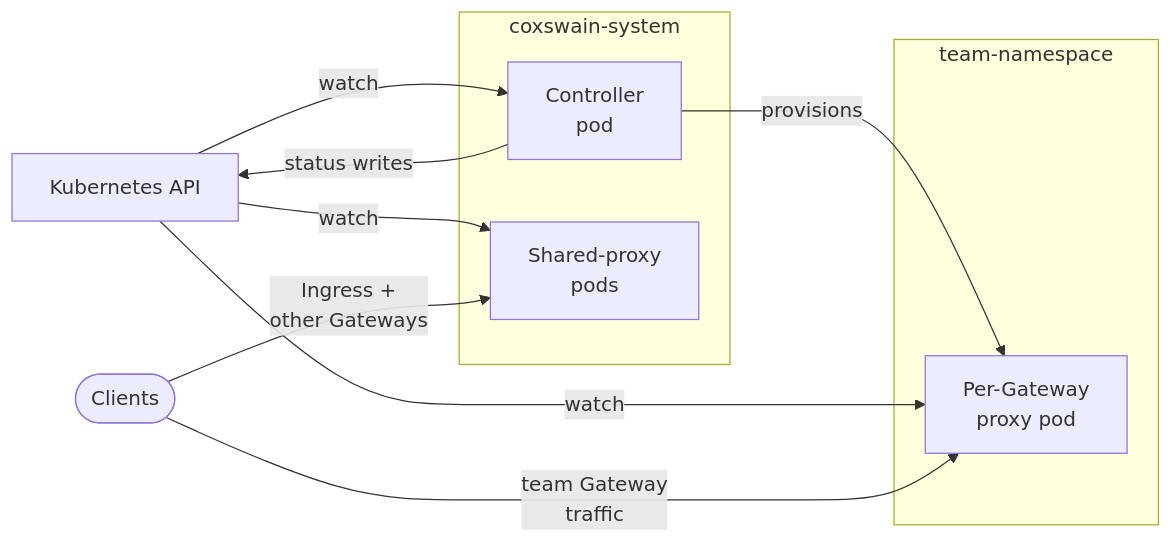
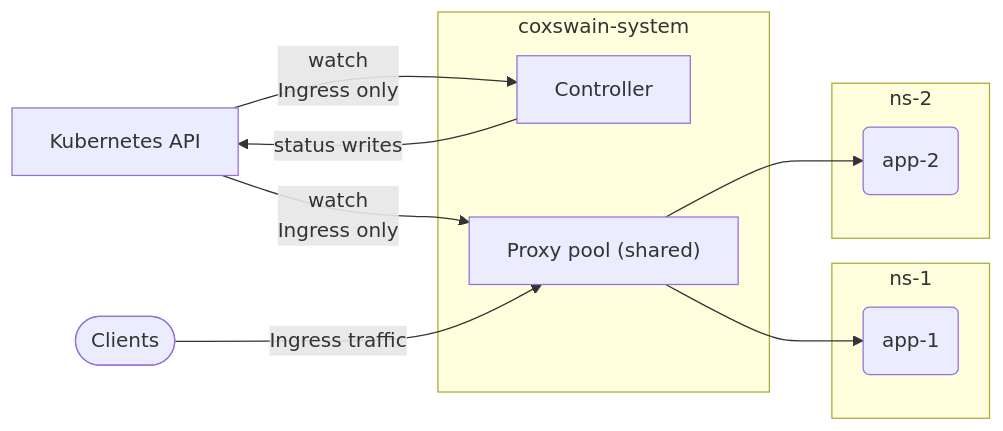
The third of 6 diagrams in docs/src/architecture.md (coxswain-labs/coxswain), drawn with Mermaid before and after one commit. The commit also changed other lines of this file and 17 other files, not shown here.

First line of the commit message:
docs: finalise v0.2 architecture and deployment-model docs (#303)

````diff
--- a/docs/src/architecture.md
+++ b/docs/src/architecture.md
@@ -80,22 +101,24 @@
 ```mermaid
 flowchart LR
     K8s[Kubernetes API]
 
     subgraph cs[coxswain-system]
-        C[Controller\npod]
-        SP[Shared-proxy\npods]
+        C[Controller]
+        SP["Proxy pool (shared)"]
     end
 
-    subgraph ns[team-namespace]
-        GP[Per-Gateway\nproxy pod]
+    subgraph n1[ns-1]
+        A1(app-1)
     end
 
-    K8s -->|watch| C
+    subgraph n2[ns-2]
+        A2(app-2)
+    end
+
+    K8s -->|watch\nIngress only| C
     C -->|status writes| K8s
-    C -->|provisions| GP
-    K8s -->|watch| SP
-    K8s -->|watch| GP
+    K8s -->|watch\nIngress only| SP
 
-    Clients([Clients]) -->|Ingress +\nother Gateways| SP
-    Clients -->|team Gateway\ntraffic| GP
+    Clients([Clients]) -->|Ingress traffic| SP
+    SP --> A1 & A2
 ```
````
